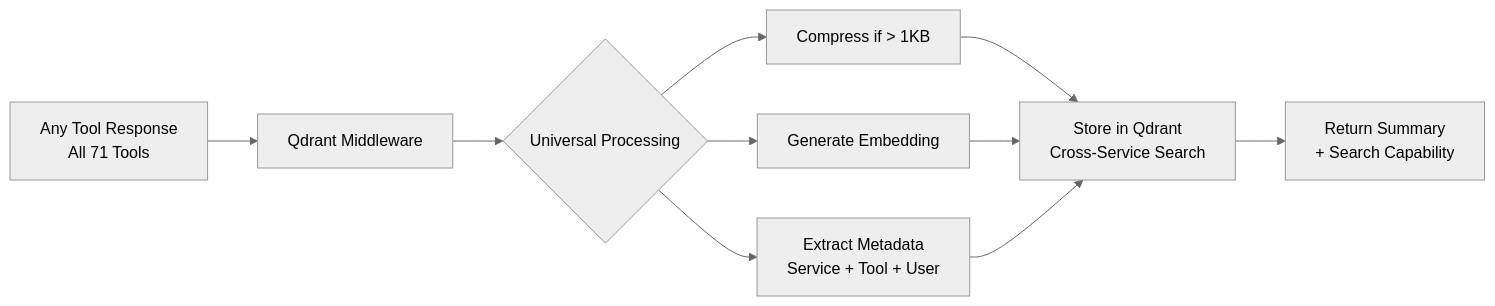
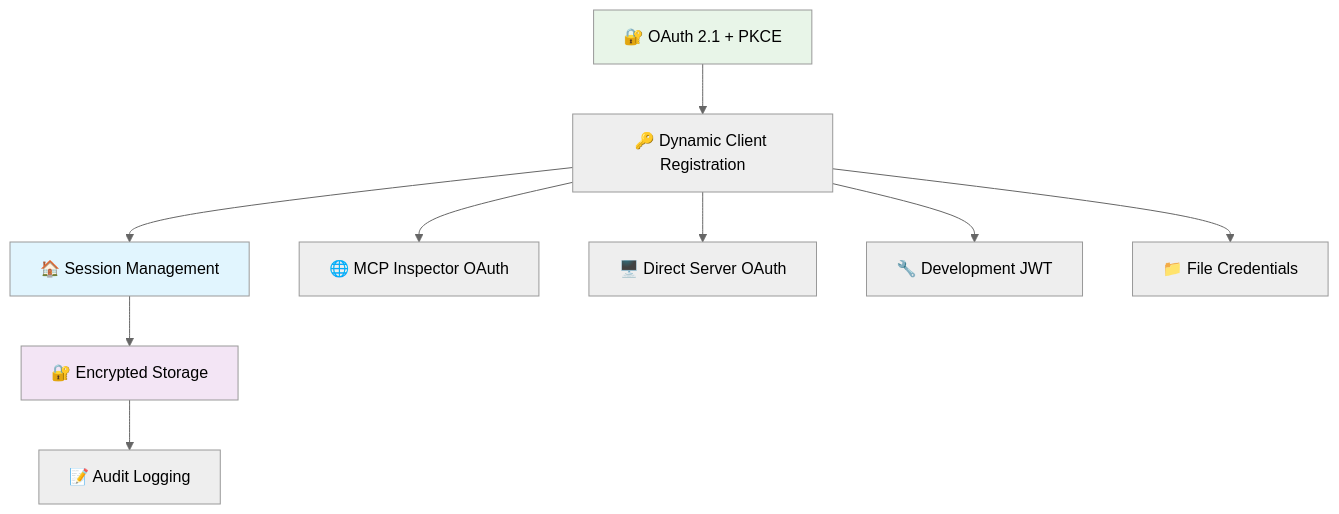
The fifth of 5 diagrams in README.md (dipseth/google_workspace_fastmcp2), drawn with Mermaid (neutral theme) before and after one commit. The commit also changed other lines of this file and 106 other files, not shown here.

````diff
--- a/README.md
+++ b/README.md
@@ -585,12 +342,16 @@
 ```mermaid
-graph LR
-    A[Any Tool Response<br/>All 71 Tools] --> B[Qdrant Middleware]
-    B --> C{Universal Processing}
-    C --> D[Compress if > 1KB]
-    C --> E[Generate Embedding]
-    C --> F[Extract Metadata<br/>Service + Tool + User]
-    D --> G[Store in Qdrant<br/>Cross-Service Search]
-    E --> G
-    F --> G
-    G --> H[Return Summary<br/>+ Search Capability]
+flowchart TD
+    A[🔐 OAuth 2.1 + PKCE] --> B[🔑 Dynamic Client Registration]
+    B --> C[🏠 Session Management]
+    C --> D[🔐 Encrypted Storage]
+    D --> E[📝 Audit Logging]
+    
+    B --> F[🌐 MCP Inspector OAuth]
+    B --> G[🖥️ Direct Server OAuth]
+    B --> H[🔧 Development JWT]
+    B --> I[📁 File Credentials]
+    
+    style A fill:#e8f5e8
+    style C fill:#e1f5fe
+    style D fill:#f3e5f5
 ```
````
